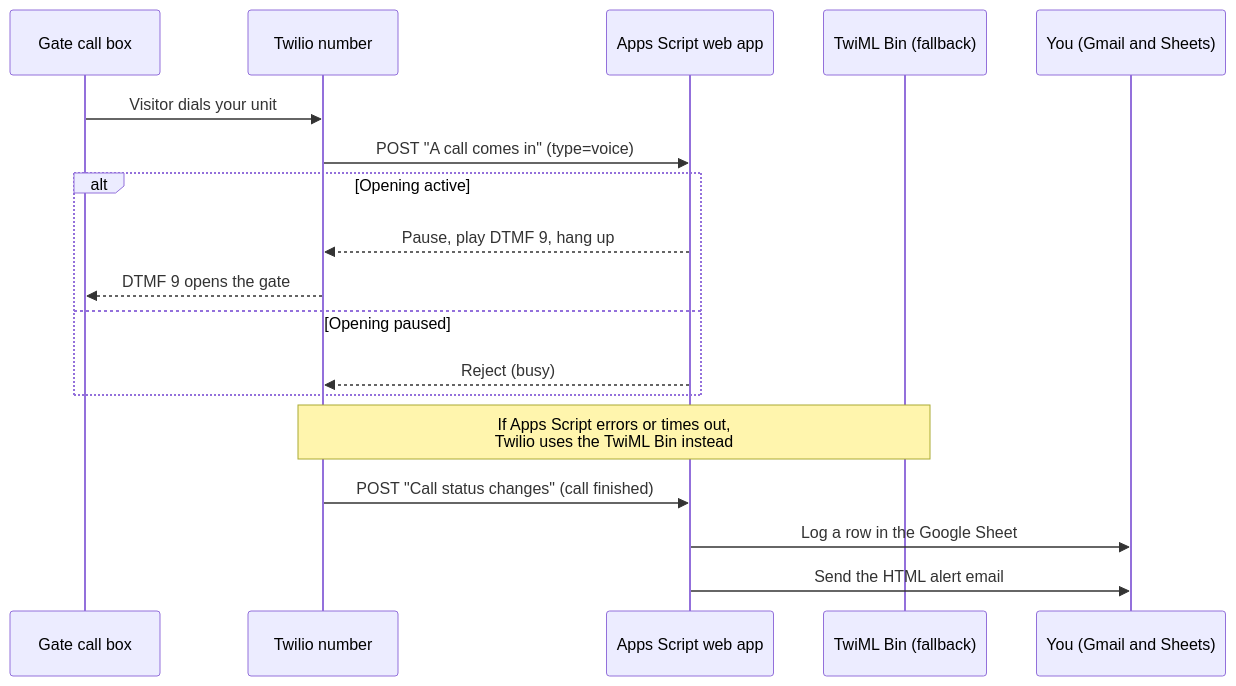
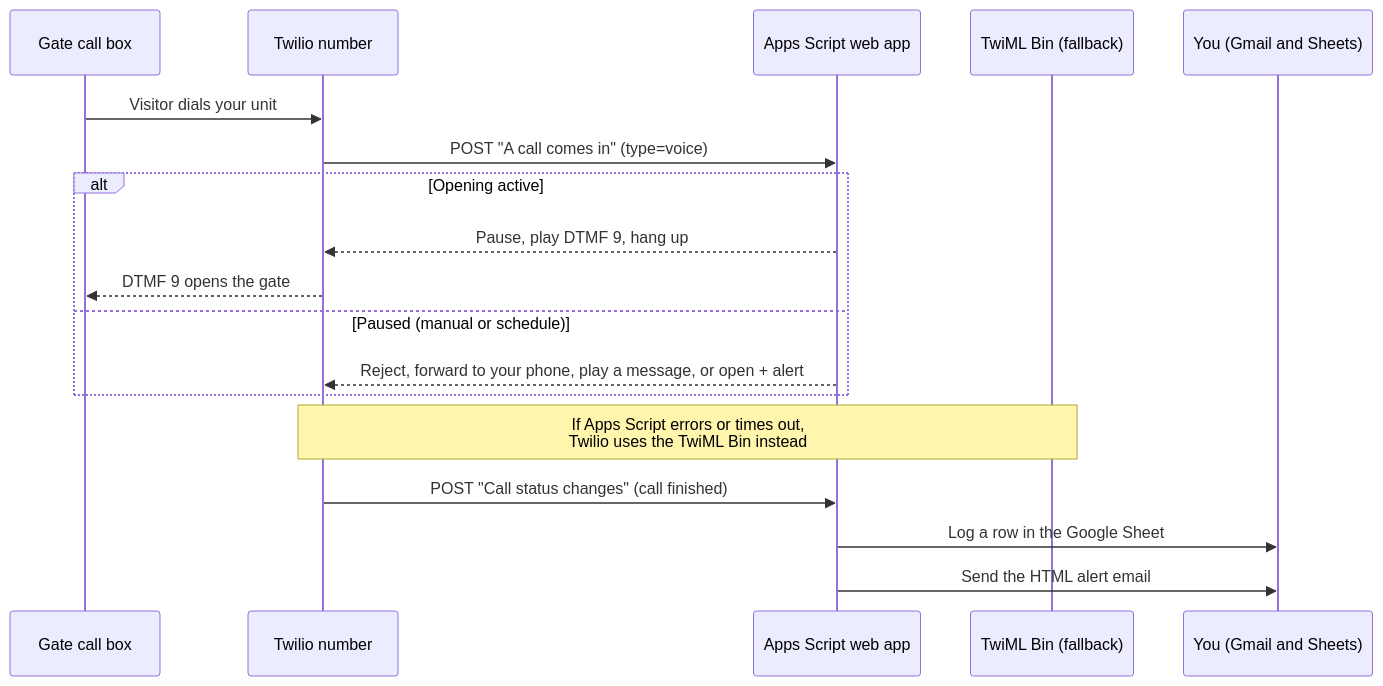
Before and after one commit to javiten/gatekeeper: the diagram in README.md, drawn with Mermaid. The commit also changed other lines of this file and 3 other files, not shown here.

````diff
--- a/README.md
+++ b/README.md
@@ -34,21 +39,21 @@
 ```mermaid
 sequenceDiagram
     participant CB as Gate call box
     participant TW as Twilio number
     participant GAS as Apps Script web app
     participant BIN as TwiML Bin (fallback)
     participant ME as You (Gmail and Sheets)
 
     CB->>TW: Visitor dials your unit
     TW->>GAS: POST "A call comes in" (type=voice)
     alt Opening active
         GAS-->>TW: Pause, play DTMF 9, hang up
         TW-->>CB: DTMF 9 opens the gate
-    else Opening paused
-        GAS-->>TW: Reject (busy)
+    else Paused (manual or schedule)
+        GAS-->>TW: Reject, forward to your phone, play a message, or open + alert
     end
     Note over TW,BIN: If Apps Script errors or times out,<br/>Twilio uses the TwiML Bin instead
     TW->>GAS: POST "Call status changes" (call finished)
     GAS->>ME: Log a row in the Google Sheet
     GAS->>ME: Send the HTML alert email
 ```
````
